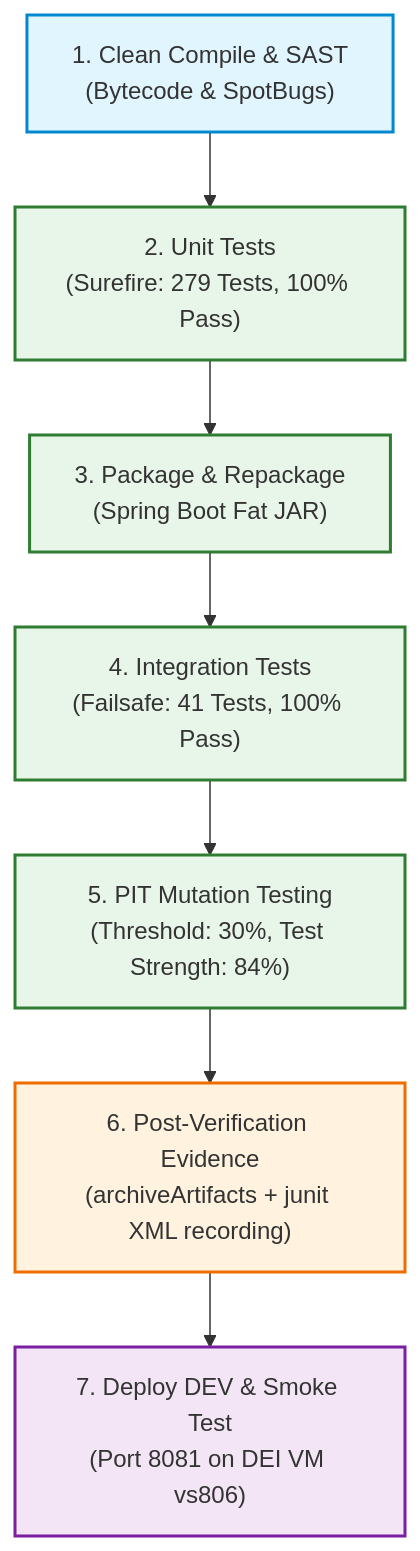
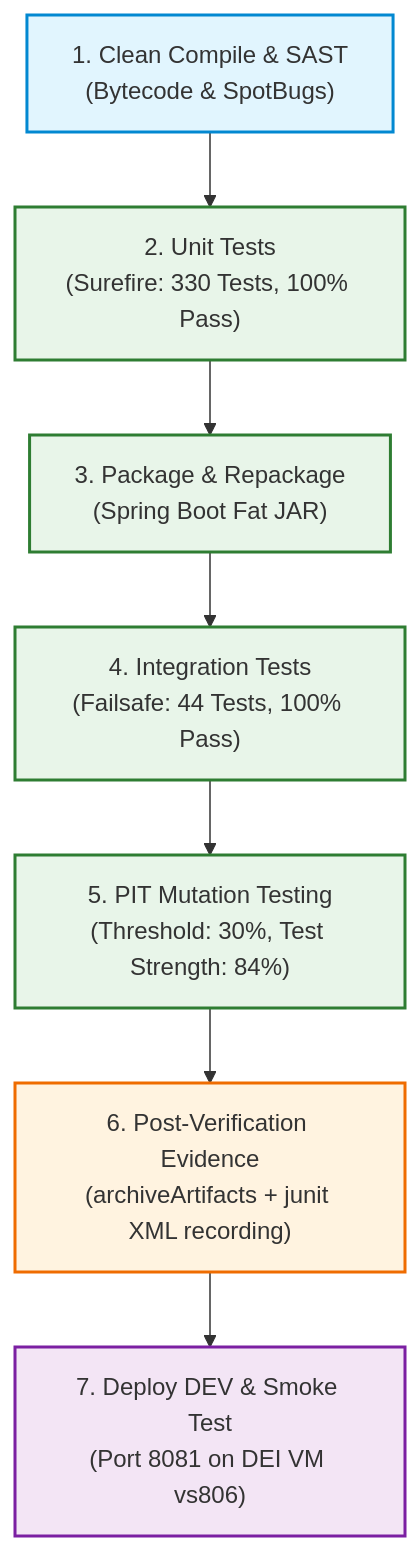
One commit to RafaelBrandao04/psoft-project-2026-1 changed the diagram in Docs/ODSOFT/pipeline/ci-testing-coverage-and-quality-gates.md. Above: the diagram before and after it, drawn with Mermaid. The commit also changed other lines of this file and 1 other file, not shown here.

````diff
--- a/Docs/ODSOFT/pipeline/ci-testing-coverage-and-quality-gates.md
+++ b/Docs/ODSOFT/pipeline/ci-testing-coverage-and-quality-gates.md
@@ -17,19 +17,19 @@
 ```mermaid
 flowchart TD
-    COMPILE["1. Clean Compile & SAST<br/>(Bytecode & SpotBugs)"] --> UNIT["2. Unit Tests<br/>(Surefire: 279 Tests, 100% Pass)"]
+    COMPILE["1. Clean Compile & SAST<br/>(Bytecode & SpotBugs)"] --> UNIT["2. Unit Tests<br/>(Surefire: 330 Tests, 100% Pass)"]
     UNIT --> PKG["3. Package & Repackage<br/>(Spring Boot Fat JAR)"]
-    PKG --> IT["4. Integration Tests<br/>(Failsafe: 41 Tests, 100% Pass)"]
+    PKG --> IT["4. Integration Tests<br/>(Failsafe: 44 Tests, 100% Pass)"]
     IT --> PIT["5. PIT Mutation Testing<br/>(Threshold: 30%, Test Strength: 84%)"]
     PIT --> POST["6. Post-Verification Evidence<br/>(archiveArtifacts + junit XML recording)"]
     POST --> DEV["7. Deploy DEV & Smoke Test<br/>(Port 8081 on DEI VM vs806)"]
 
     classDef compileStyle fill:#e1f5fe,stroke:#0288d1,stroke-width:2px;
     classDef testStyle fill:#e8f5e9,stroke:#2e7d32,stroke-width:2px;
     classDef postStyle fill:#fff3e0,stroke:#ef6c00,stroke-width:2px;
     classDef cdStyle fill:#f3e5f5,stroke:#7b1fa2,stroke-width:2px;
 
     class COMPILE compileStyle;
     class UNIT,PKG,IT,PIT testStyle;
     class POST postStyle;
     class DEV cdStyle;
 ```
````
